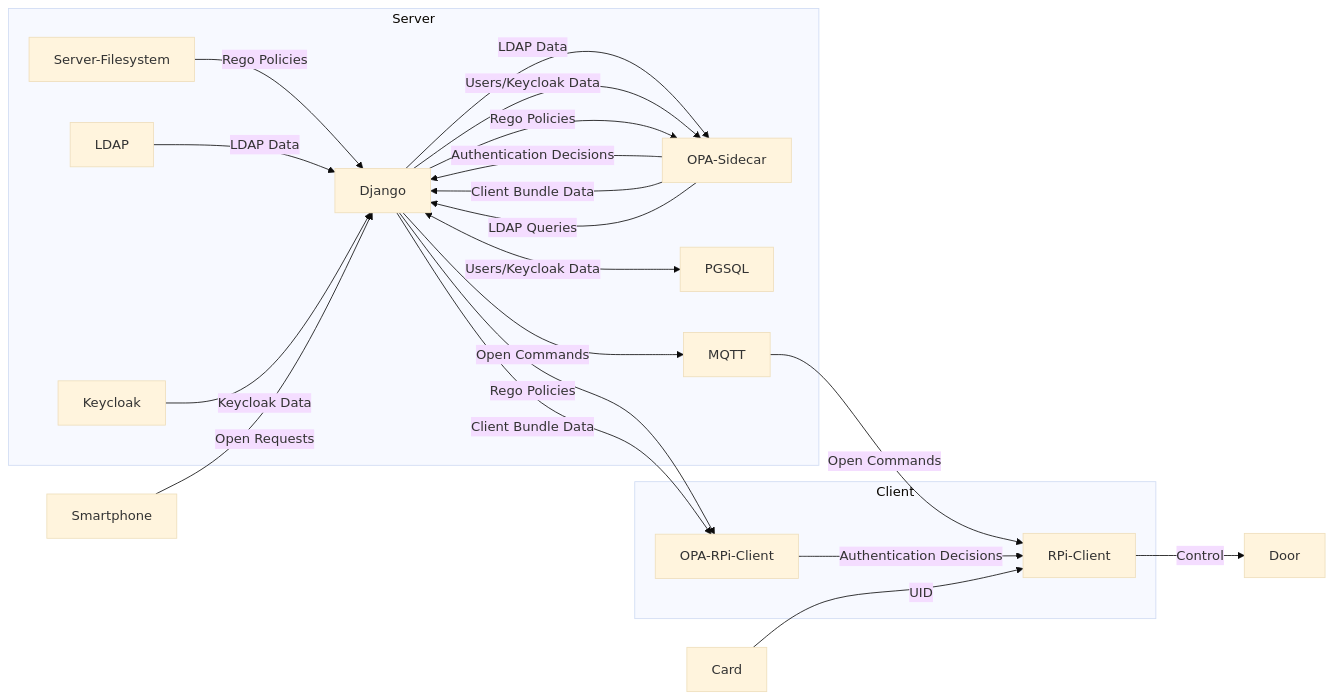
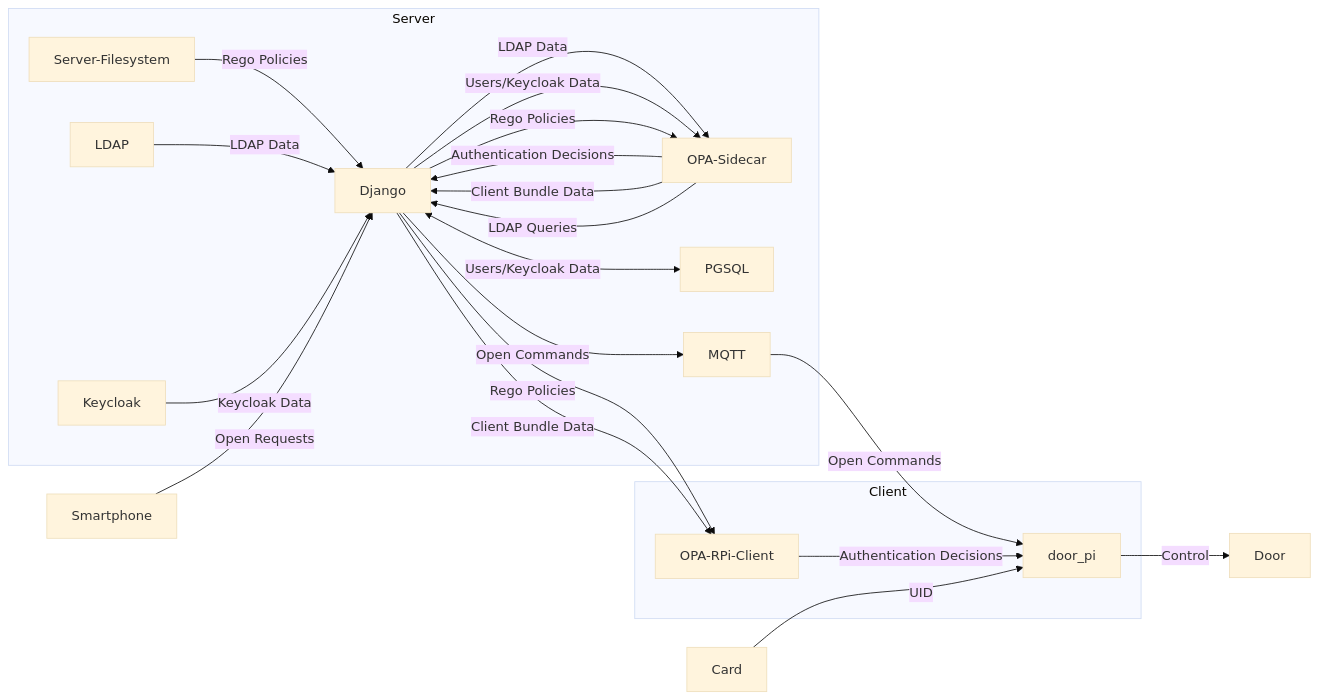
One commit to phi1010/django_application_framework changed the second of 2 diagrams in README.md. Above: the diagram before and after it, drawn with Mermaid (base theme). The commit also changed other lines of this file, not shown here.

````diff
--- a/README.md
+++ b/README.md
@@ -54,29 +70,29 @@
 ```mermaid
 flowchart LR
     
     subgraph Server
     Django -->|LDAP Data| OPA-Sidecar 
     Django -->|Users/Keycloak Data| OPA-Sidecar
     Django <-->|Users/Keycloak Data| PGSQL
     Server-Filesystem -->|Rego Policies| Django
     Django -->|Rego Policies| OPA-Sidecar
     OPA-Sidecar -->|Authentication Decisions| Django
     OPA-Sidecar -->|Client Bundle Data| Django
     OPA-Sidecar -->|LDAP Queries| Django
     LDAP -->|LDAP Data| Django
     Keycloak -->|Keycloak Data| Django
     Django -->|Open Commands| MQTT
     end
     
     Smartphone -->|Open Requests| Django
     
     subgraph Client
     Django -->|Rego Policies| OPA-RPi-Client
     Django -->|Client Bundle Data| OPA-RPi-Client
-    MQTT -->|Open Commands| RPi-Client 
-    OPA-RPi-Client -->|Authentication Decisions| RPi-Client
+    MQTT -->|Open Commands| door_pi 
+    OPA-RPi-Client -->|Authentication Decisions| door_pi
     end
 
-    Card -->|UID| RPi-Client
-    RPi-Client -->|Control| Door
+    Card -->|UID| door_pi
+    door_pi -->|Control| Door
 ```
````
